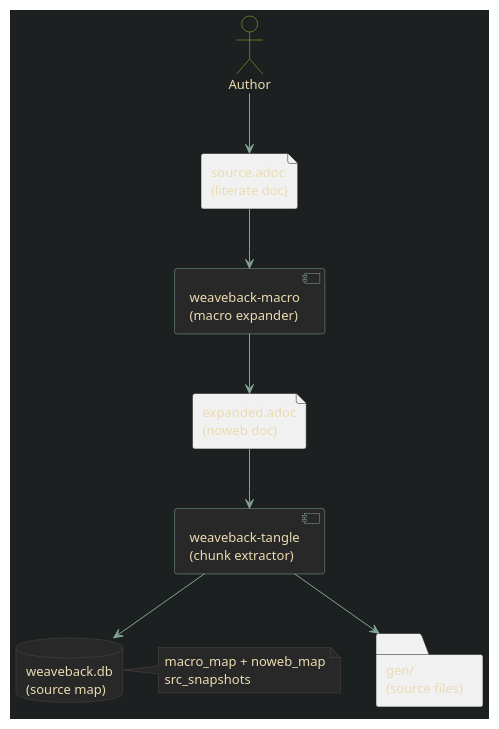
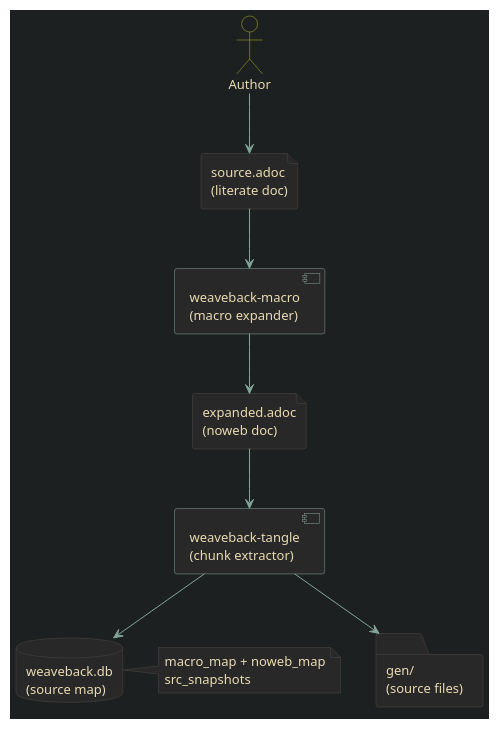
Before and after one commit to giannifer7/weaveback: the diagram in docs/index.adoc, drawn with PlantUML.

Commit message:
docs(index): fix dark theme for file/folder/database shapes in PlantUML diagram
The file, folder, and database shapes were rendering with white backgrounds
(#F1F1F1) because no skinparams were defined for those PlantUML shape types.
Added explicit FileBorderColor/FileBackgroundColor/FileFontColor,
FolderBorderColor/FolderBackgroundColor/FolderFontColor,
DatabaseFontColor, and NoteFontColor skinparams to match the Gruvbox dark theme.

```diff
--- a/docs/index.adoc
+++ b/docs/index.adoc
@@ -17,36 +17,44 @@
 [plantuml,format=svg]
 ----
 @startuml
 skinparam backgroundColor #1d2021
 skinparam defaultFontColor #ebdbb2
 skinparam defaultFontSize 13
 skinparam ArrowColor #83a598
 skinparam RectangleBorderColor #504945
 skinparam DatabaseBorderColor #504945
 skinparam DatabaseBackgroundColor #282828
 skinparam ComponentBorderColor #83a598
 skinparam ComponentBackgroundColor #282828
 skinparam ComponentFontColor #ebdbb2
 skinparam ActorBorderColor #b8bb26
 skinparam ActorBackgroundColor #1d2021
+skinparam FileBorderColor #504945
+skinparam FileBackgroundColor #282828
+skinparam FileFontColor #ebdbb2
+skinparam FolderBorderColor #504945
+skinparam FolderBackgroundColor #282828
+skinparam FolderFontColor #ebdbb2
+skinparam DatabaseFontColor #ebdbb2
 skinparam NoteBorderColor #504945
 skinparam NoteBackgroundColor #282828
+skinparam NoteFontColor #ebdbb2
 
 actor "Author" as author
 file "source.adoc\n(literate doc)" as src
 component "weaveback-macro\n(macro expander)" as macro
 file "expanded.adoc\n(noweb doc)" as expanded
 component "weaveback-tangle\n(chunk extractor)" as tangle
 folder "gen/\n(source files)" as gen
 database "weaveback.db\n(source map)" as db
 
 author --> src
 src --> macro
 macro --> expanded
 expanded --> tangle
 tangle --> gen
 tangle --> db
 
 note right of db : macro_map + noweb_map\nsrc_snapshots
 @enduml
 ----
```
